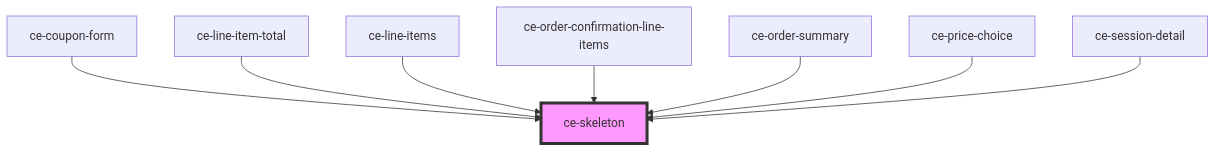
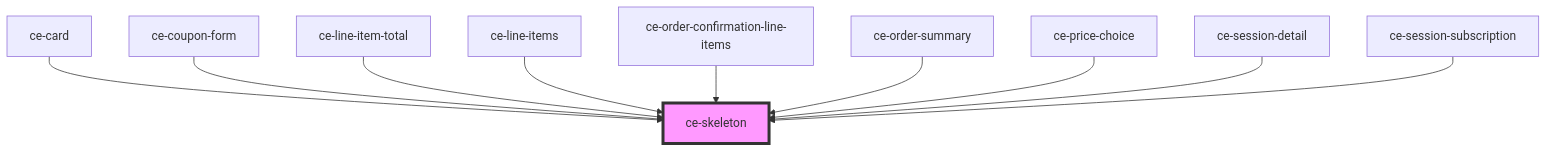
One commit to surecart/surecart-wp-plugin changed the diagram in packages/components/src/components/ui/skeleton/readme.md. Above: the diagram before and after it, drawn with Mermaid. The commit also changed other lines of this file and 96 other files, not shown here.

````diff
--- a/packages/components/src/components/ui/skeleton/readme.md
+++ b/packages/components/src/components/ui/skeleton/readme.md
@@ -45,11 +47,13 @@
 ```mermaid
 graph TD;
+  ce-card --> ce-skeleton
   ce-coupon-form --> ce-skeleton
   ce-line-item-total --> ce-skeleton
   ce-line-items --> ce-skeleton
   ce-order-confirmation-line-items --> ce-skeleton
   ce-order-summary --> ce-skeleton
   ce-price-choice --> ce-skeleton
   ce-session-detail --> ce-skeleton
+  ce-session-subscription --> ce-skeleton
   style ce-skeleton fill:#f9f,stroke:#333,stroke-width:4px
 ```
````
